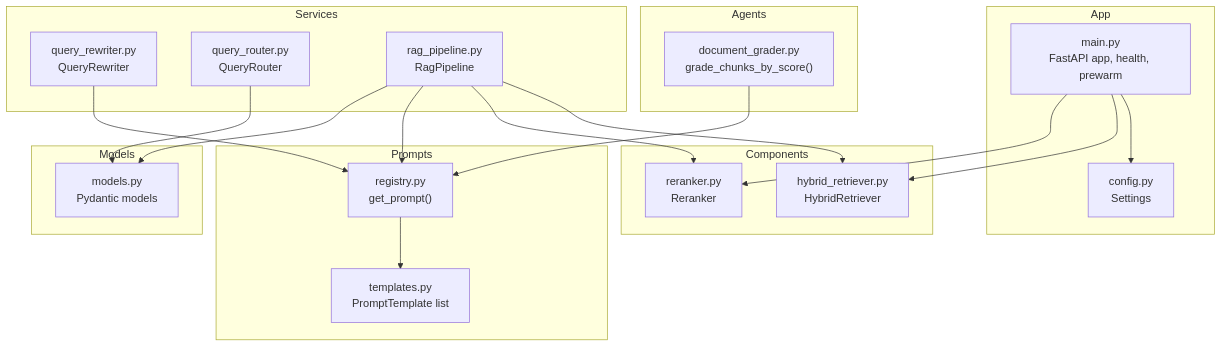
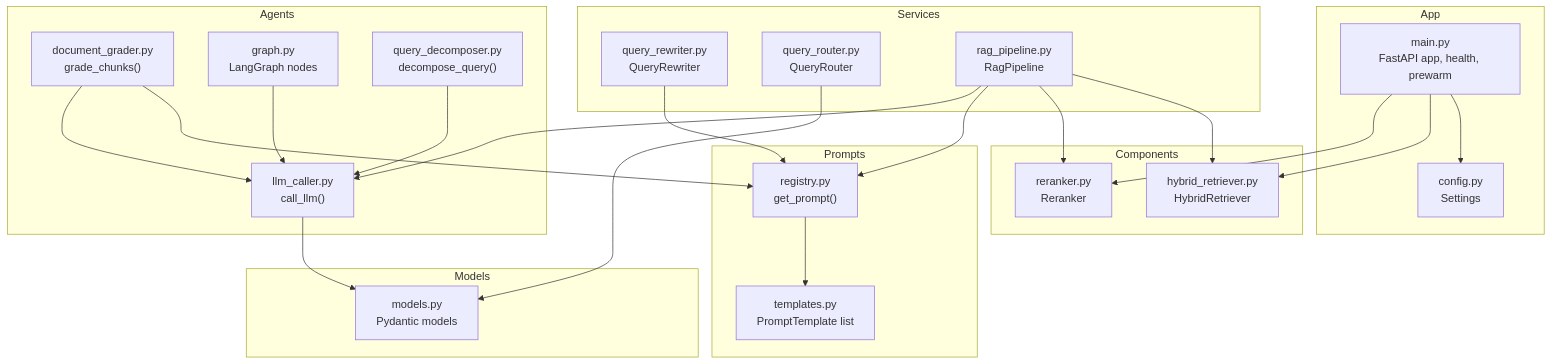
One commit to genes8/private-ai changed the first of 11 diagrams in .qoder/repowiki/en/content/AI Agent Pipeline/LLM Integration and Ollama.md. Above: the diagram before and after it, drawn with Mermaid. The commit also changed other lines of this file and 55 other files, not shown here.

````diff
--- a/.qoder/repowiki/en/content/AI Agent Pipeline/LLM Integration and Ollama.md
+++ b/.qoder/repowiki/en/content/AI Agent Pipeline/LLM Integration and Ollama.md
@@ -55,37 +60,44 @@
 ```mermaid
 graph TB
 subgraph "App"
 M["main.py<br/>FastAPI app, health, prewarm"]
 C["config.py<br/>Settings"]
 end
 subgraph "Prompts"
 PR["registry.py<br/>get_prompt()"]
 PT["templates.py<br/>PromptTemplate list"]
 end
 subgraph "Services"
 QR["query_rewriter.py<br/>QueryRewriter"]
 QZ["query_router.py<br/>QueryRouter"]
 RP["rag_pipeline.py<br/>RagPipeline"]
 end
 subgraph "Components"
 HR["hybrid_retriever.py<br/>HybridRetriever"]
 RR["reranker.py<br/>Reranker"]
 end
 subgraph "Agents"
-DG["document_grader.py<br/>grade_chunks_by_score()"]
+DG["document_grader.py<br/>grade_chunks()"]
+GR["graph.py<br/>LangGraph nodes"]
+QD["query_decomposer.py<br/>decompose_query()"]
+LC["llm_caller.py<br/>call_llm()"]
 end
 subgraph "Models"
 MD["models.py<br/>Pydantic models"]
 end
 M --> C
 M --> HR
 M --> RR
 PR --> PT
 QR --> PR
 QZ --> MD
 RP --> HR
 RP --> RR
 RP --> PR
 DG --> PR
-RP --> MD
+DG --> LC
+GR --> LC
+QD --> LC
+RP --> LC
+LC --> MD
 ```
````
